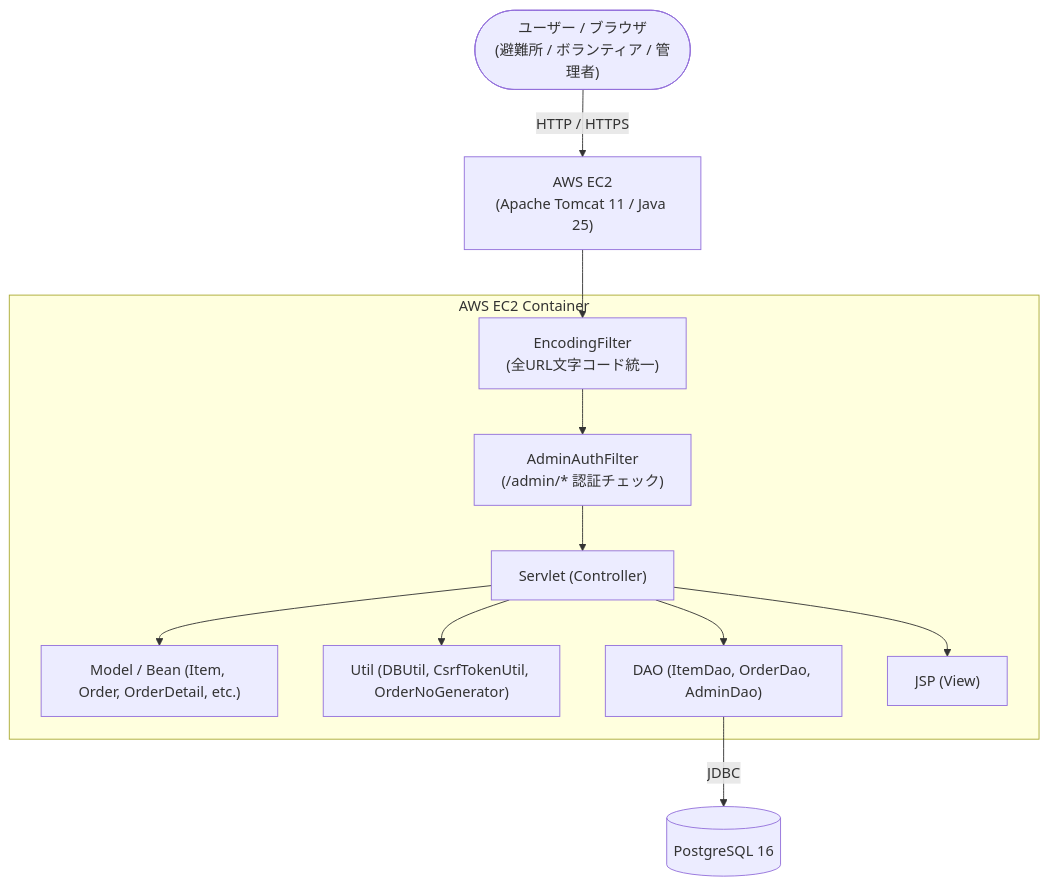
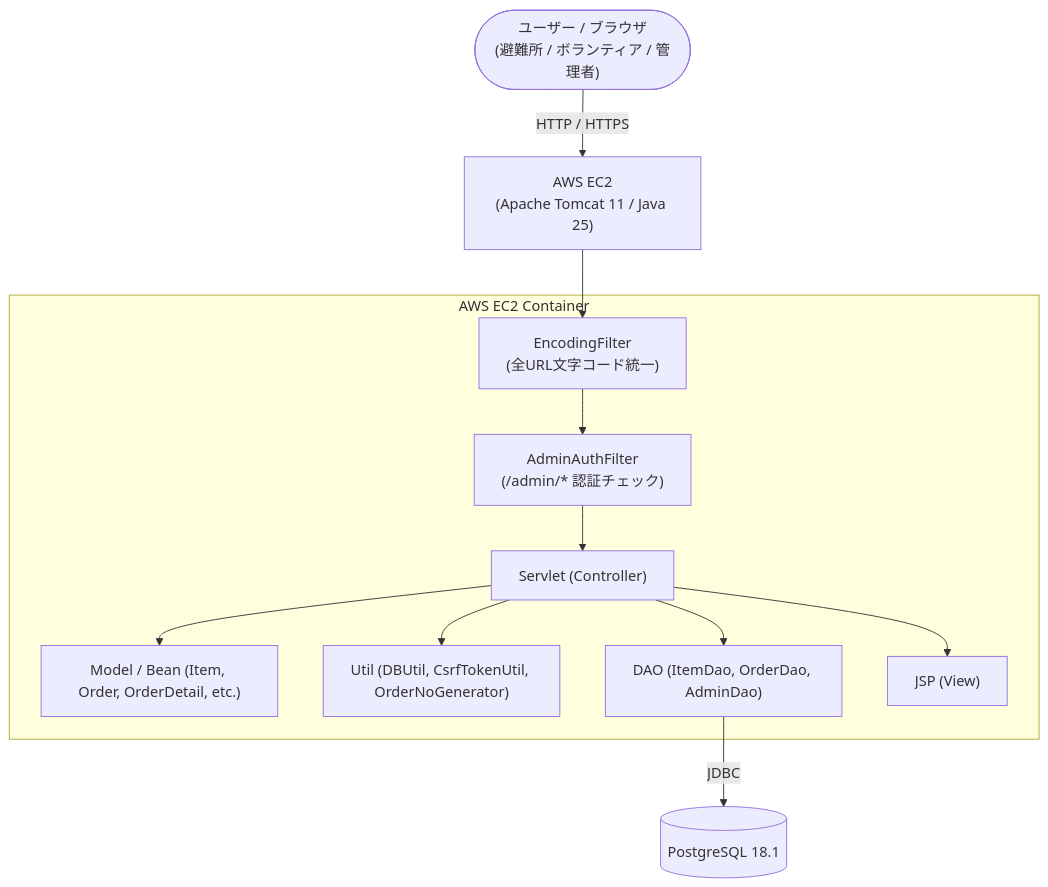
Before and after one commit to yoshi93925/MyWebProject: the diagram in readme.md, drawn with Mermaid. The commit also changed other lines of this file and 1 other file, not shown here.

Commit message:
変更内容を簡潔に書く（例: 設定ファイルの修正、レイアウト調整など）

````diff
--- a/readme.md
+++ b/readme.md
@@ -104,24 +104,24 @@
 ```mermaid
 graph TD
     User(["ユーザー / ブラウザ<br>(避難所 / ボランティア / 管理者)"]) -->|"HTTP / HTTPS"| EC2["AWS EC2<br>(Apache Tomcat 11 / Java 25)"]
 
     subgraph Server ["AWS EC2 Container"]
         EncodingFilter["EncodingFilter<br>(全URL文字コード統一)"]
         AdminAuthFilter["AdminAuthFilter<br>(/admin/* 認証チェック)"]
         Servlet["Servlet (Controller)"]
         Model["Model / Bean (Item, Order, OrderDetail, etc.)"]
         Util["Util (DBUtil, CsrfTokenUtil, OrderNoGenerator)"]
         DAO["DAO (ItemDao, OrderDao, AdminDao)"]
         JSP["JSP (View)"]
 
         EncodingFilter --> AdminAuthFilter
         AdminAuthFilter --> Servlet
         Servlet --> Model
         Servlet --> Util
         Servlet --> DAO
         Servlet --> JSP
     end
 
     EC2 --> EncodingFilter
-    DAO -->|"JDBC"| DB[("PostgreSQL 16")]
+    DAO -->|"JDBC"| DB[("PostgreSQL 18.1")]
 ```
````
